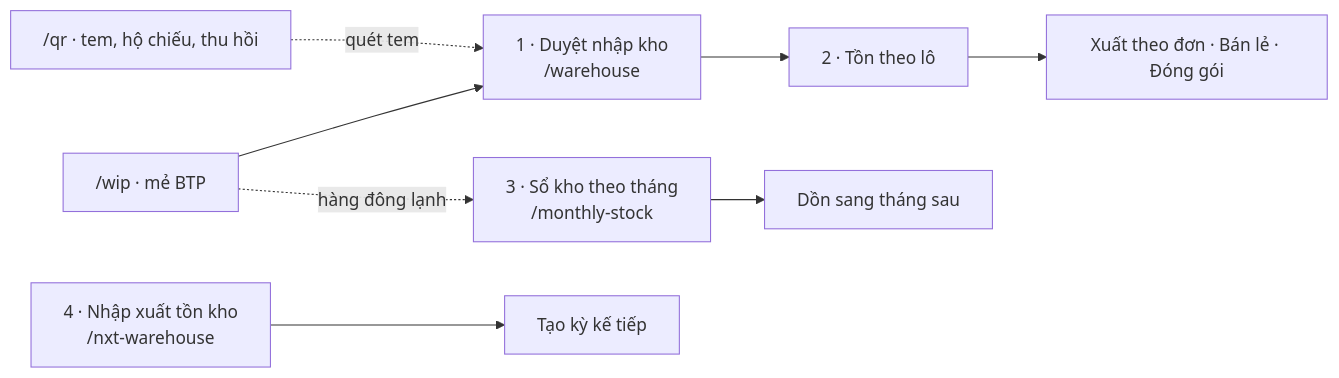
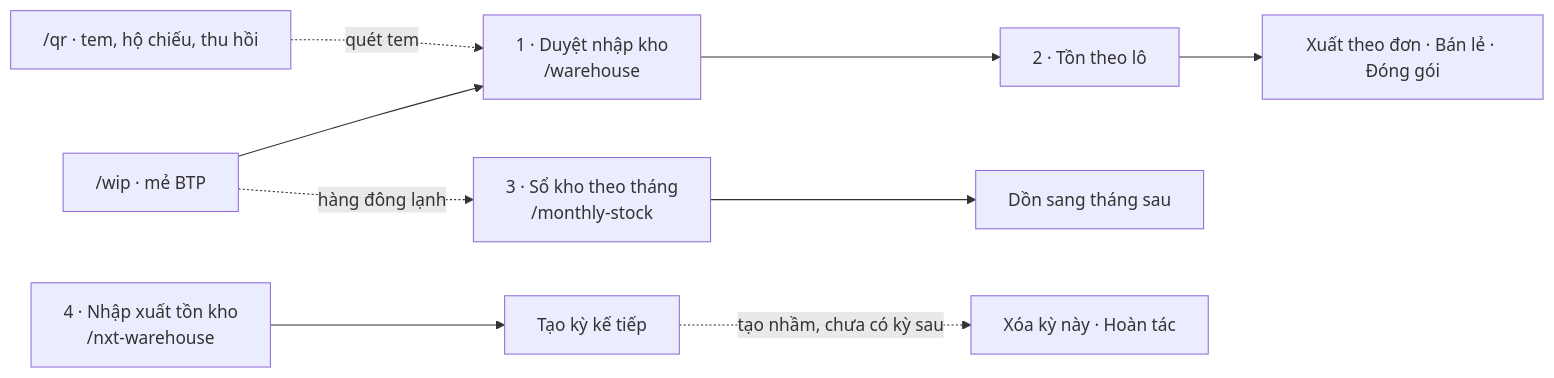
One commit to hoainxm/baseafood changed the second of 3 diagrams in docs/workflows/warehouse.md. Above: the diagram before and after it, drawn with Mermaid. The commit also changed other lines of this file and 11 other files, not shown here.

First line of the commit message:
feat(monthly-stock): xóa cả kỳ NXT tạo nhầm, Hoàn tác xóa mã và Đồng bộ danh mục

````diff
--- a/docs/workflows/warehouse.md
+++ b/docs/workflows/warehouse.md
@@ -48,9 +48,10 @@
 ```mermaid
 flowchart LR
   W["/wip · mẻ BTP"] --> A["1 · Duyệt nhập kho<br/>/warehouse"] --> B["2 · Tồn theo lô"]
   B --> X["Xuất theo đơn · Bán lẻ · Đóng gói"]
   W -. hàng đông lạnh .-> M["3 · Sổ kho theo tháng<br/>/monthly-stock"]
   M --> M2["Dồn sang tháng sau"]
   N["4 · Nhập xuất tồn kho<br/>/nxt-warehouse"] --> N2["Tạo kỳ kế tiếp"]
+  N2 -. tạo nhầm, chưa có kỳ sau .-> N3["Xóa kỳ này · Hoàn tác"]
   Q["/qr · tem, hộ chiếu, thu hồi"] -. quét tem .-> A
 ```
````
